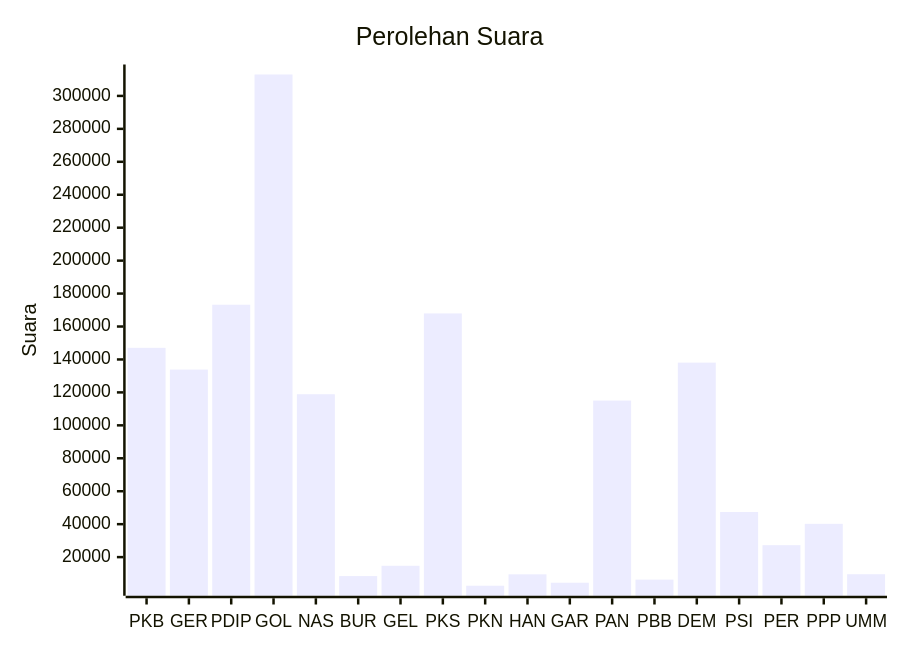
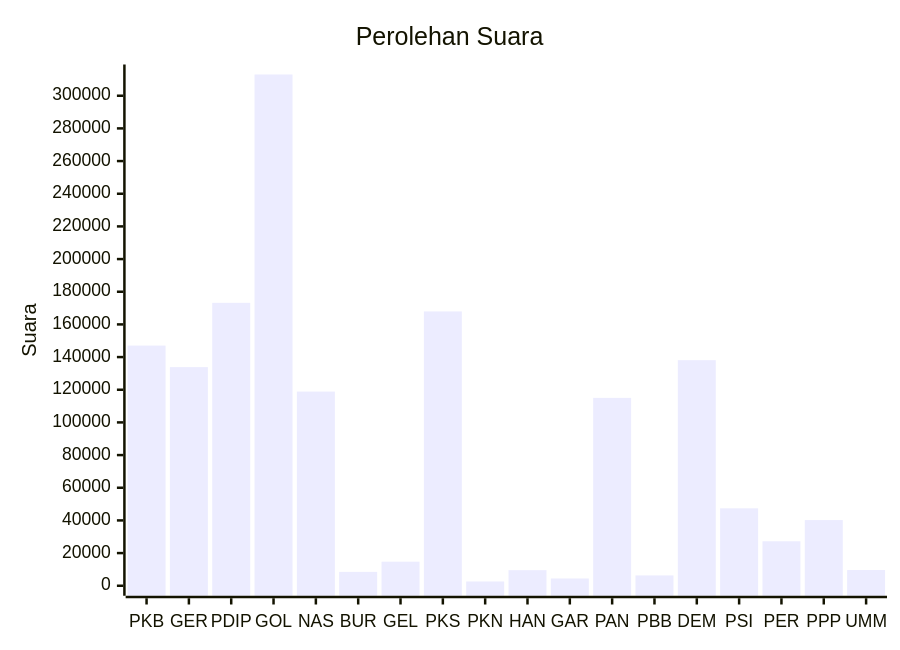
Before and after one commit to gigit-pemilu/pemilu-2024: the diagram in pileg-dpr/hitung-suara/sub/table-wilayah-14.md, drawn with Mermaid. The commit also changed 57 other files, not shown here.

````diff
--- a/pileg-dpr/hitung-suara/sub/table-wilayah-14.md
+++ b/pileg-dpr/hitung-suara/sub/table-wilayah-14.md
@@ -7,7 +7,7 @@
 ```mermaid
 xychart-beta
     title "Perolehan Suara"
     x-axis [PKB, GER, PDIP, GOL, NAS, BUR, GEL, PKS, PKN, HAN, GAR, PAN, PBB, DEM, PSI, PER, PPP, UMM]
-    y-axis "Suara"
+    y-axis "Suara" 0 --> 312998
     bar [147049, 133843, 173217, 312998, 118877, 8487, 14732, 167955, 2614, 9540, 4457, 115029, 6323, 138086, 47414, 27230, 40211, 9614]
 ```
````
